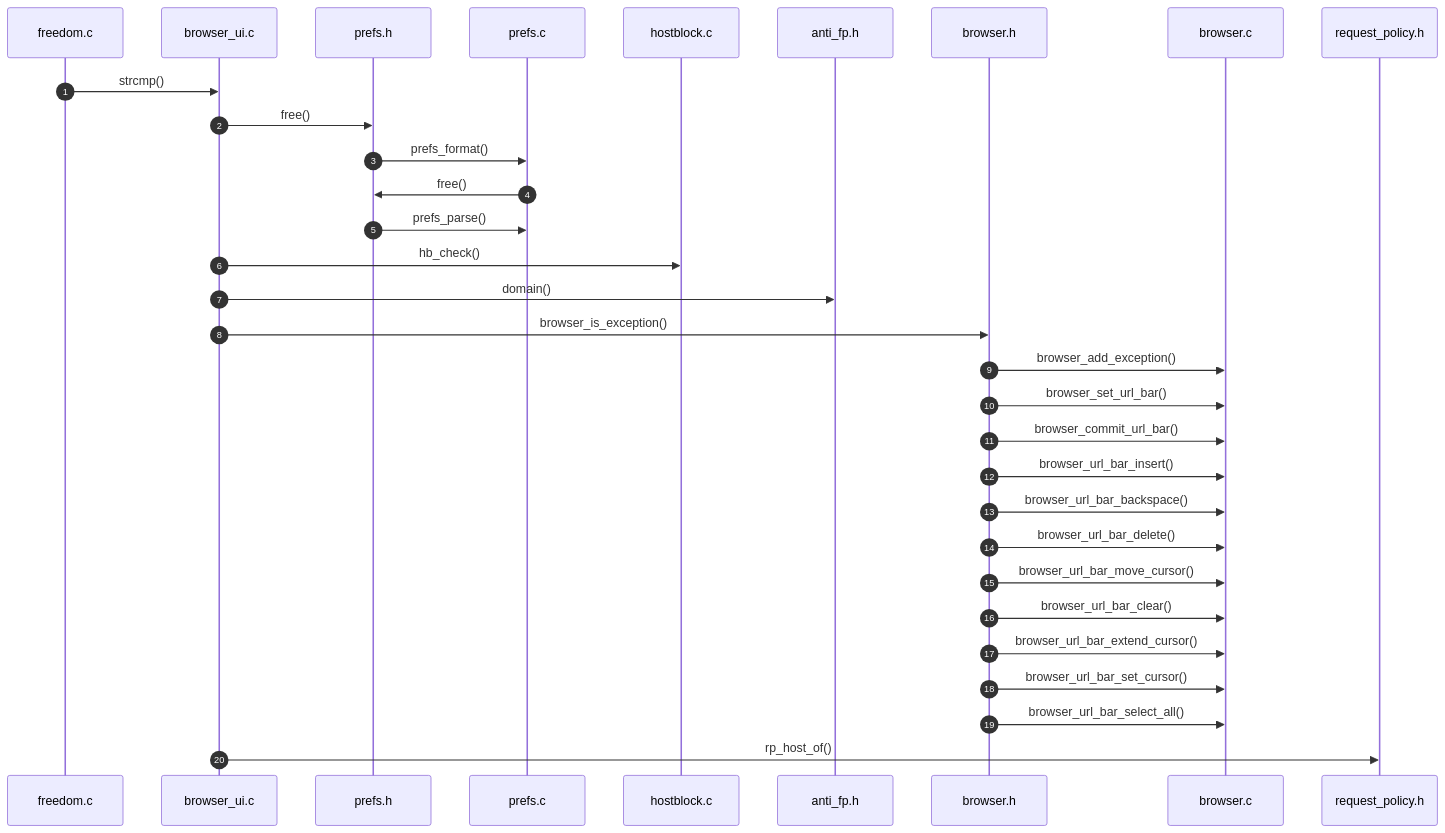
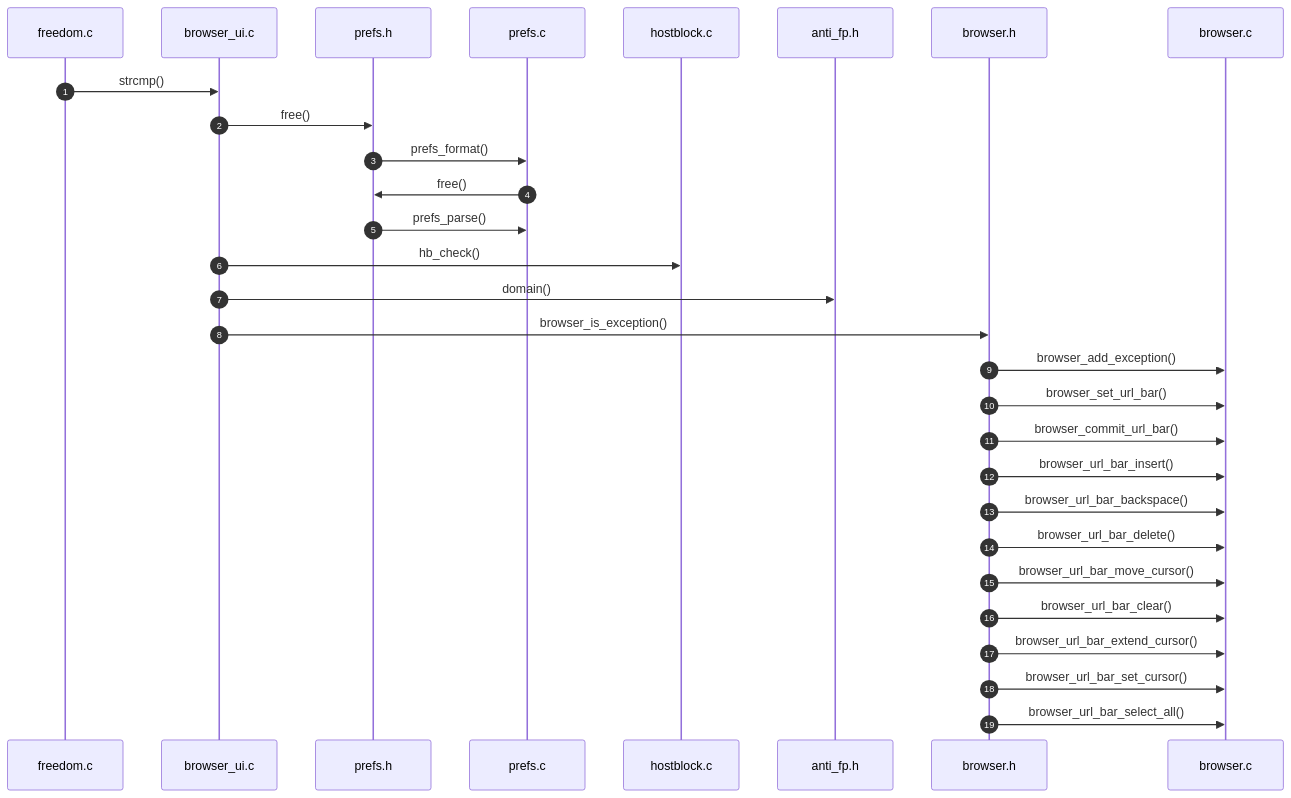
Before and after one commit to grisuno/FreeDom: the sixth of 6 diagrams in readmenator-apidocs/architecture.md, drawn with Mermaid. The commit also changed other lines of this file and 263 other files, not shown here.

````diff
--- a/readmenator-apidocs/architecture.md
+++ b/readmenator-apidocs/architecture.md
@@ -262,33 +262,31 @@
 ```mermaid
 sequenceDiagram
     autonumber
     participant p_src_freedom_c as freedom.c
     participant p_gui_browser_ui_c as browser_ui.c
     participant p_include_prefs_h as prefs.h
     participant p_src_prefs_c as prefs.c
     participant p_src_hostblock_c as hostblock.c
     participant p_include_anti_fp_h as anti_fp.h
     participant p_include_browser_h as browser.h
     participant p_src_browser_c as browser.c
-    participant p_include_request_policy_h as request_policy.h
     p_src_freedom_c->>p_gui_browser_ui_c: strcmp()
     p_gui_browser_ui_c->>p_include_prefs_h: free()
     p_include_prefs_h->>p_src_prefs_c: prefs_format()
     p_src_prefs_c->>p_include_prefs_h: free()
     p_include_prefs_h->>p_src_prefs_c: prefs_parse()
     p_gui_browser_ui_c->>p_src_hostblock_c: hb_check()
     p_gui_browser_ui_c->>p_include_anti_fp_h: domain()
     p_gui_browser_ui_c->>p_include_browser_h: browser_is_exception()
     p_include_browser_h->>p_src_browser_c: browser_add_exception()
     p_include_browser_h->>p_src_browser_c: browser_set_url_bar()
     p_include_browser_h->>p_src_browser_c: browser_commit_url_bar()
     p_include_browser_h->>p_src_browser_c: browser_url_bar_insert()
     p_include_browser_h->>p_src_browser_c: browser_url_bar_backspace()
     p_include_browser_h->>p_src_browser_c: browser_url_bar_delete()
     p_include_browser_h->>p_src_browser_c: browser_url_bar_move_cursor()
     p_include_browser_h->>p_src_browser_c: browser_url_bar_clear()
     p_include_browser_h->>p_src_browser_c: browser_url_bar_extend_cursor()
     p_include_browser_h->>p_src_browser_c: browser_url_bar_set_cursor()
     p_include_browser_h->>p_src_browser_c: browser_url_bar_select_all()
-    p_gui_browser_ui_c->>p_include_request_policy_h: rp_host_of()
 ```
````
